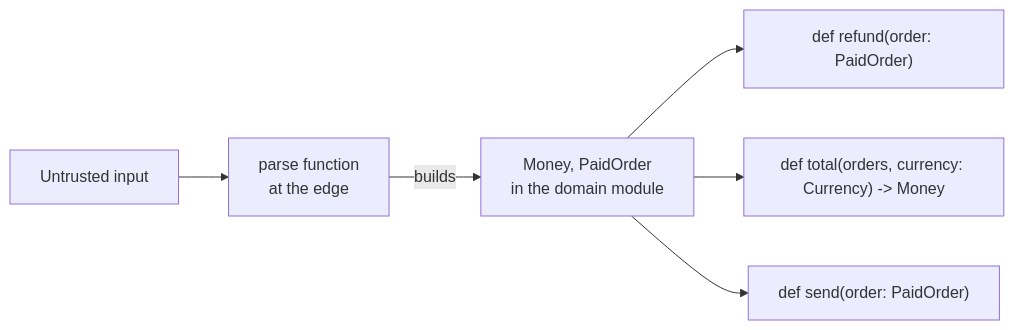
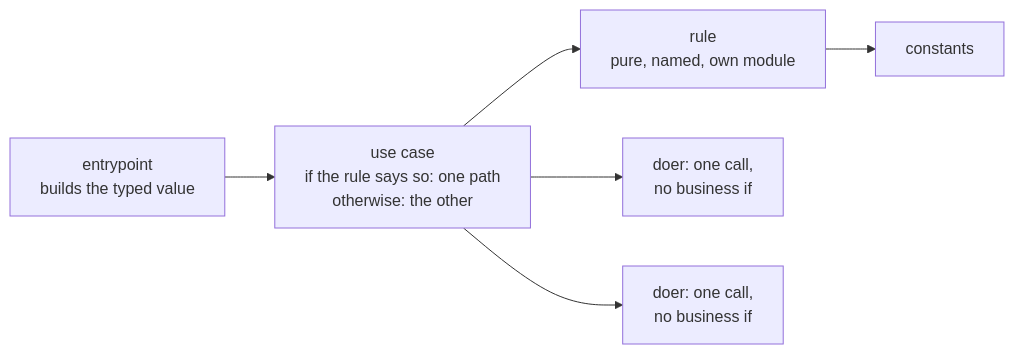
Before and after one commit to a6m1n/my-claude-best: the diagram in docs/engineering/python/README.md, drawn with Mermaid. The commit also changed other lines of this file and 2 other files, not shown here.

````diff
--- a/docs/engineering/python/README.md
+++ b/docs/engineering/python/README.md
@@ -6,8 +9,8 @@
 ```mermaid
 flowchart LR
-  IN[Untrusted input] --> P[parse function<br/>at the edge]
-  P -->|builds| T[Money, PaidOrder<br/>in the domain module]
-  T --> S1["def refund(order: PaidOrder)"]
-  T --> S2["def total(orders, currency: Currency) -> Money"]
-  T --> S3["def send(order: PaidOrder)"]
+  E["entrypoint<br/>builds the typed value"] --> U["use case<br/>if the rule says so: one path<br/>otherwise: the other"]
+  U --> R["rule<br/>pure, named, own module"]
+  R --> K["constants"]
+  U --> D1["doer: one call,<br/>no business if"]
+  U --> D2["doer: one call,<br/>no business if"]
 ```
````
